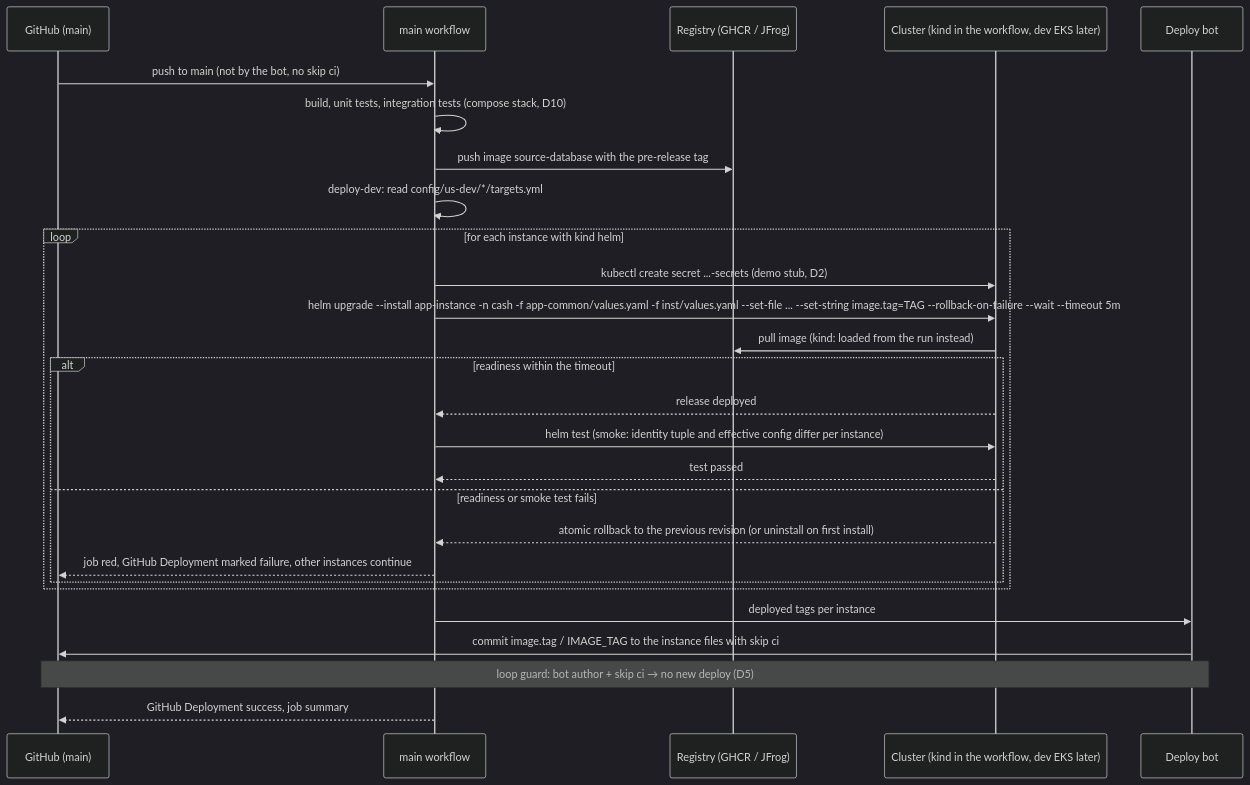
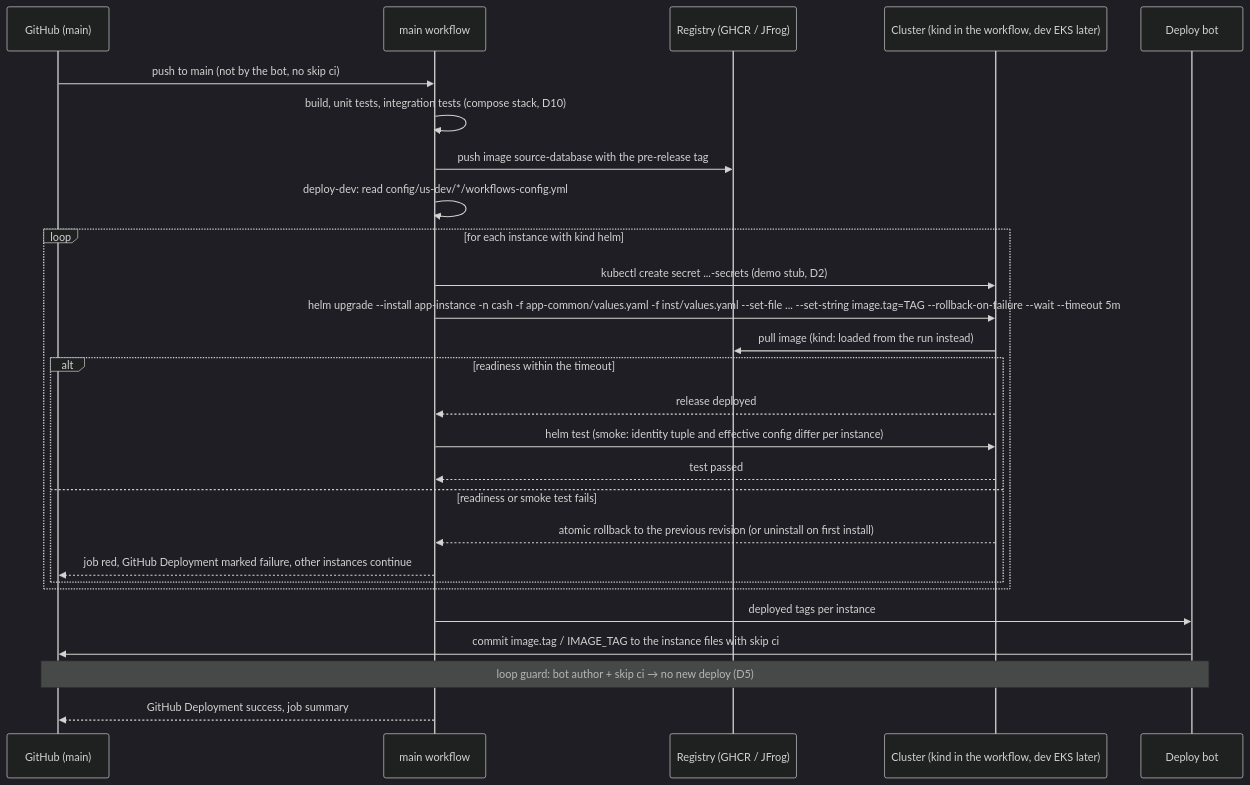
The third of 3 diagrams in docs/11-kubernetes-packaging-and-gitops.md (crazymatthsu/github-demo), drawn with Mermaid (dark theme) before and after one commit. The commit also changed other lines of this file and 25 other files, not shown here.

First line of the commit message:
refactor(config): rename the per-flow deploy inventory to workflows-config.yml

````diff
--- a/docs/11-kubernetes-packaging-and-gitops.md
+++ b/docs/11-kubernetes-packaging-and-gitops.md
@@ -376,29 +376,29 @@
 ```mermaid
 sequenceDiagram
   participant G as GitHub (main)
   participant W as main workflow
   participant R as Registry (GHCR / JFrog)
   participant K as Cluster (kind in the workflow, dev EKS later)
   participant B as Deploy bot
   G->>W: push to main (not by the bot, no skip ci)
   W->>W: build, unit tests, integration tests (compose stack, D10)
   W->>R: push image source-database with the pre-release tag
-  W->>W: deploy-dev: read config/us-dev/*/targets.yml
+  W->>W: deploy-dev: read config/us-dev/*/workflows-config.yml
   loop for each instance with kind helm
     W->>K: kubectl create secret ...-secrets (demo stub, D2)
     W->>K: helm upgrade --install app-instance -n cash -f app-common/values.yaml -f inst/values.yaml --set-file ... --set-string image.tag=TAG --rollback-on-failure --wait --timeout 5m
     K->>R: pull image (kind: loaded from the run instead)
     alt readiness within the timeout
       K-->>W: release deployed
       W->>K: helm test (smoke: identity tuple and effective config differ per instance)
       K-->>W: test passed
     else readiness or smoke test fails
       K-->>W: atomic rollback to the previous revision (or uninstall on first install)
       W-->>G: job red, GitHub Deployment marked failure, other instances continue
     end
   end
   W->>B: deployed tags per instance
   B->>G: commit image.tag / IMAGE_TAG to the instance files with skip ci
   Note over G,B: loop guard: bot author + skip ci → no new deploy (D5)
   W-->>G: GitHub Deployment success, job summary
 ```
````
